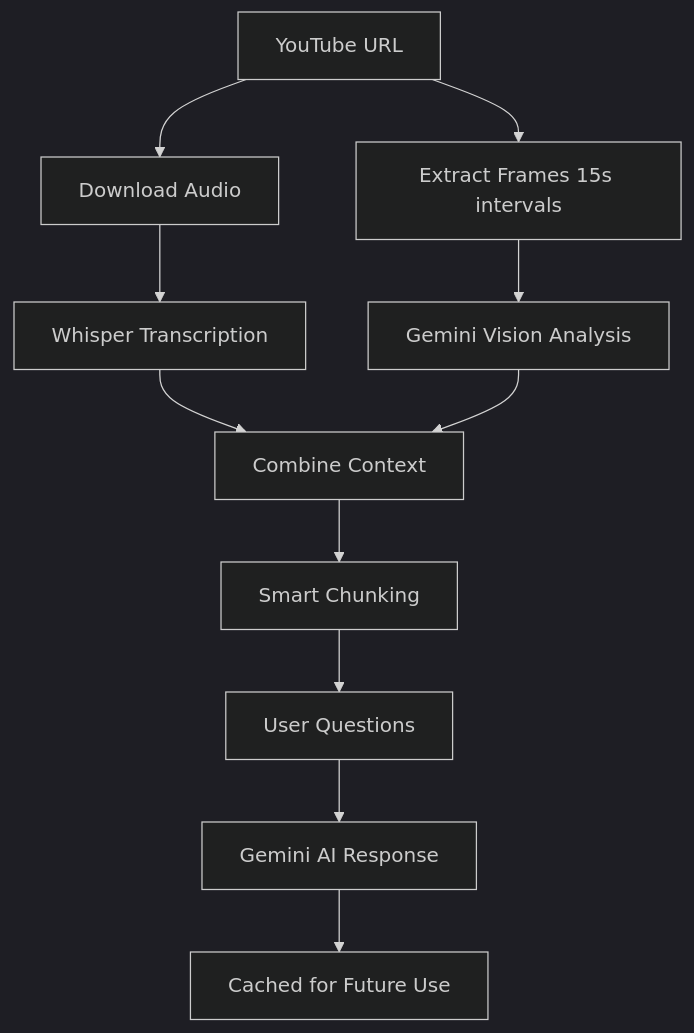
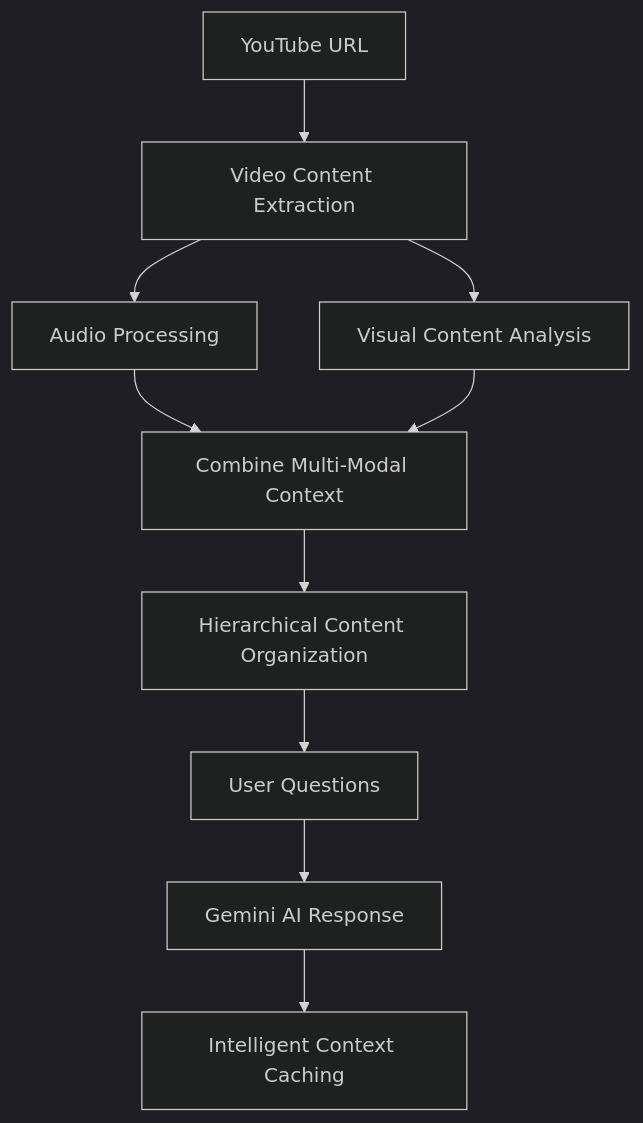
One commit to jeet-dekivadia/google-deepmind changed the diagram in docs/PACKAGE.md. Above: the diagram before and after it, drawn with Mermaid (dark theme). The commit also changed other lines of this file and 7 other files, not shown here.

````diff
--- a/docs/PACKAGE.md
+++ b/docs/PACKAGE.md
@@ -172,13 +180,12 @@
 ```mermaid
 graph TD
-    A[YouTube URL] --> B[Download Audio]
-    A --> C[Extract Frames 15s intervals]
-    B --> D[Whisper Transcription]
-    C --> E[Gemini Vision Analysis]
-    D --> F[Combine Context]
+    A[YouTube URL] --> B[Video Content Extraction]
+    B --> D[Audio Processing]
+    B --> E[Visual Content Analysis]
+    D --> F[Combine Multi-Modal Context]
     E --> F
-    F --> G[Smart Chunking]
+    F --> G[Hierarchical Content Organization]
     G --> H[User Questions]
     H --> I[Gemini AI Response]
-    I --> J[Cached for Future Use]
+    I --> J[Intelligent Context Caching]
 ```
````
